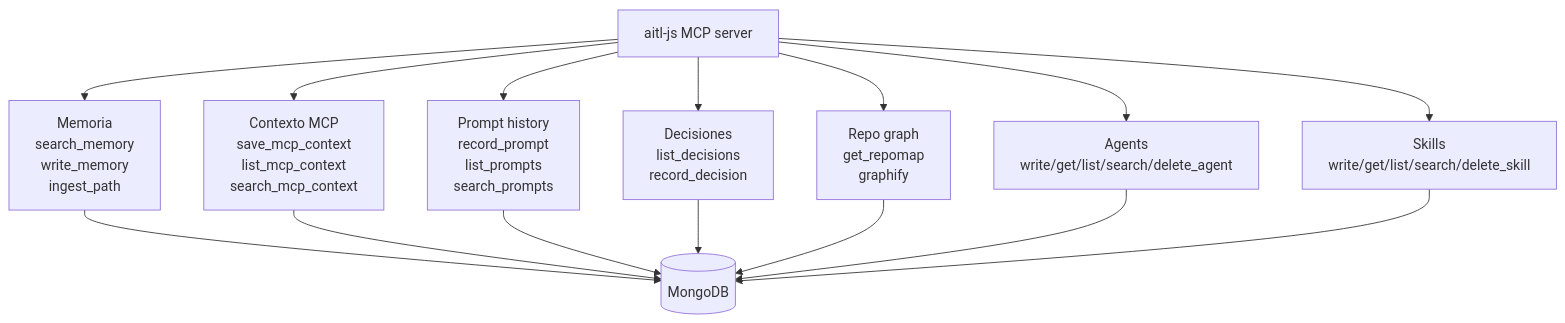
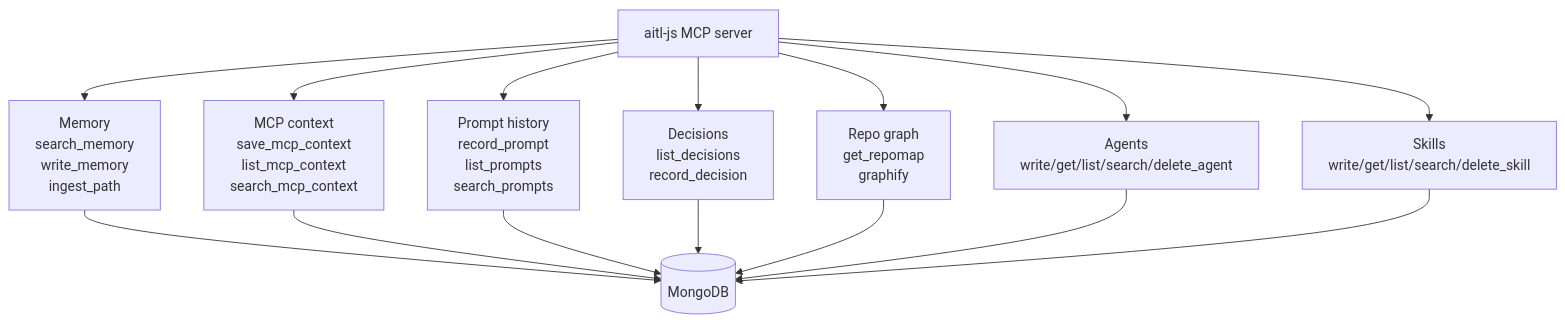
Before and after one commit to eversuelo/AITL-Harness-JS: the fourth of 5 diagrams in docs/ARQUITECTURA-AITL-JS.md, drawn with Mermaid. The commit also changed other lines of this file and 27 other files, not shown here.

````diff
--- a/docs/ARQUITECTURA-AITL-JS.md
+++ b/docs/ARQUITECTURA-AITL-JS.md
@@ -206,20 +248,20 @@
 ```mermaid
 flowchart TD
   MCP["aitl-js MCP server"]
 
-  MCP --> MEM["Memoria\nsearch_memory\nwrite_memory\ningest_path"]
-  MCP --> CTX["Contexto MCP\nsave_mcp_context\nlist_mcp_context\nsearch_mcp_context"]
+  MCP --> MEM["Memory\nsearch_memory\nwrite_memory\ningest_path"]
+  MCP --> CTX["MCP context\nsave_mcp_context\nlist_mcp_context\nsearch_mcp_context"]
   MCP --> PROMPTS["Prompt history\nrecord_prompt\nlist_prompts\nsearch_prompts"]
-  MCP --> ADRS["Decisiones\nlist_decisions\nrecord_decision"]
+  MCP --> ADRS["Decisions\nlist_decisions\nrecord_decision"]
   MCP --> REPO["Repo graph\nget_repomap\ngraphify"]
   MCP --> AGENTS["Agents\nwrite/get/list/search/delete_agent"]
   MCP --> SKILLS["Skills\nwrite/get/list/search/delete_skill"]
 
   MEM --> DB[(MongoDB)]
   CTX --> DB
   PROMPTS --> DB
   ADRS --> DB
   REPO --> DB
   AGENTS --> DB
   SKILLS --> DB
 ```
````
